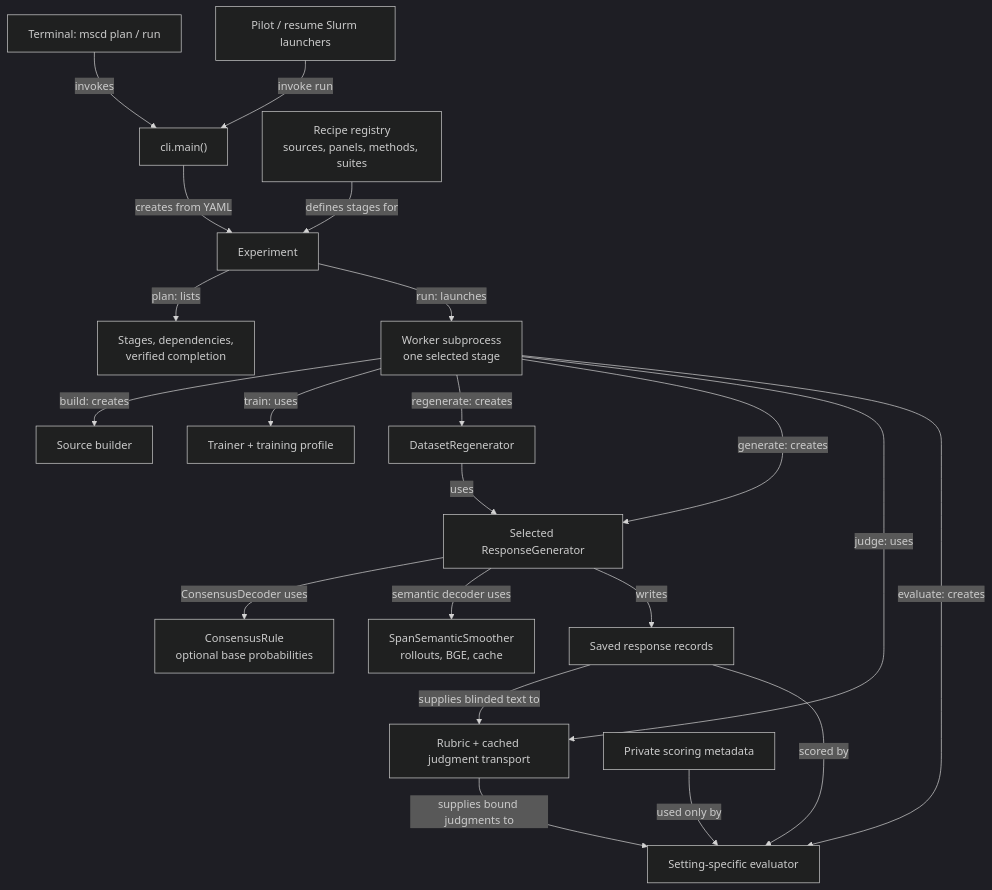
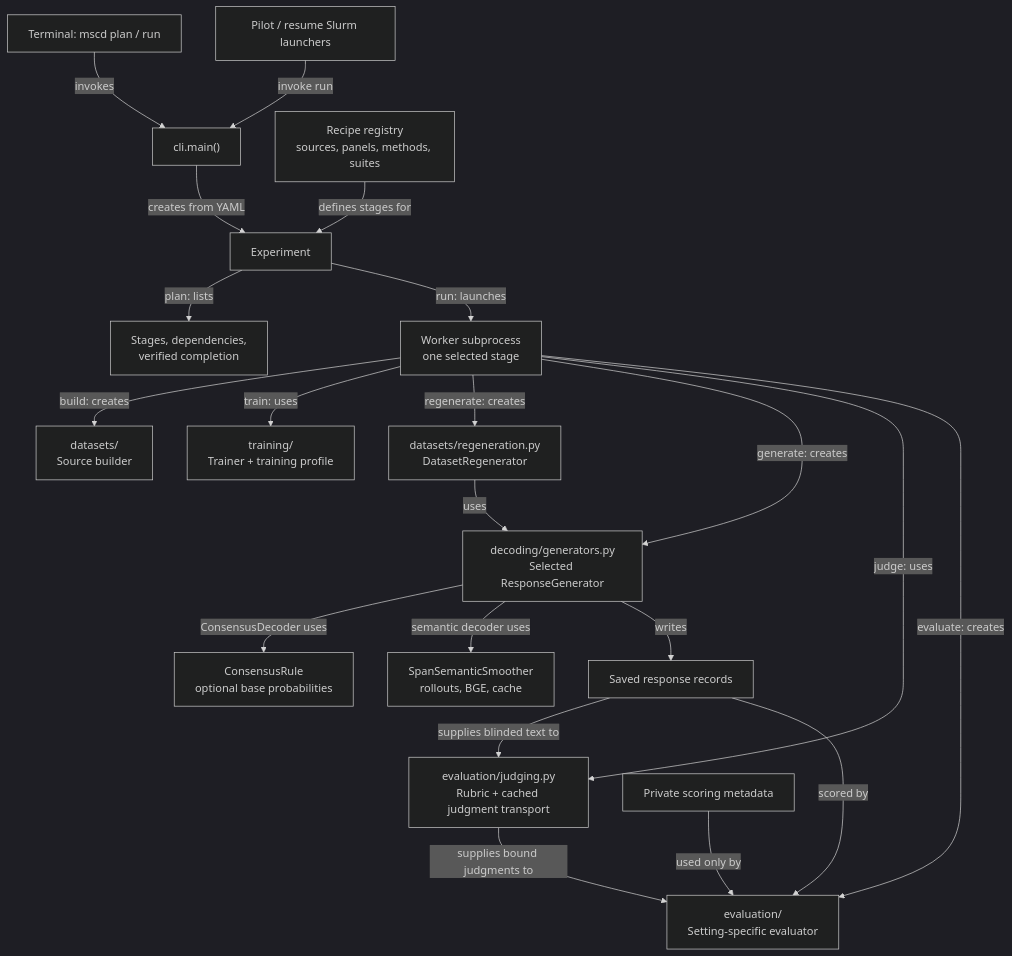
The diagram in README.md (ArtinTD/subliminal-mitigate), drawn with Mermaid (dark theme) before and after one commit. The commit also changed other lines of this file and 120 other files, not shown here.

````diff
--- a/README.md
+++ b/README.md
@@ -41,23 +64,23 @@
 ```mermaid
 flowchart TB
     Terminal["Terminal: mscd plan / run"] -->|invokes| CLI["cli.main()"]
     Slurm["Pilot / resume Slurm launchers"] -->|invoke run| CLI
     CLI -->|creates from YAML| Experiment["Experiment"]
     Recipe["Recipe registry<br/>sources, panels, methods, suites"] -->|defines stages for| Experiment
     Experiment -->|plan: lists| Preview["Stages, dependencies,<br/>verified completion"]
     Experiment -->|run: launches| Worker["Worker subprocess<br/>one selected stage"]
-    Worker -->|build: creates| Builder["Source builder"]
-    Worker -->|train: uses| Trainer["Trainer + training profile"]
-    Worker -->|regenerate: creates| Regen["DatasetRegenerator"]
-    Worker -->|generate: creates| Generator["Selected ResponseGenerator"]
+    Worker -->|build: creates| Builder["datasets/<br/>Source builder"]
+    Worker -->|train: uses| Trainer["training/<br/>Trainer + training profile"]
+    Worker -->|regenerate: creates| Regen["datasets/regeneration.py<br/>DatasetRegenerator"]
+    Worker -->|generate: creates| Generator["decoding/generators.py<br/>Selected ResponseGenerator"]
     Regen -->|uses| Generator
     Generator -->|ConsensusDecoder uses| Rule["ConsensusRule<br/>optional base probabilities"]
     Generator -->|semantic decoder uses| Smoothing["SpanSemanticSmoother<br/>rollouts, BGE, cache"]
     Generator -->|writes| Responses["Saved response records"]
-    Worker -->|judge: uses| Judge["Rubric + cached judgment transport"]
+    Worker -->|judge: uses| Judge["evaluation/judging.py<br/>Rubric + cached judgment transport"]
     Responses -->|supplies blinded text to| Judge
-    Worker -->|evaluate: creates| Evaluator["Setting-specific evaluator"]
+    Worker -->|evaluate: creates| Evaluator["evaluation/<br/>Setting-specific evaluator"]
     Responses -->|scored by| Evaluator
     Judge -->|supplies bound judgments to| Evaluator
     Labels["Private scoring metadata"] -->|used only by| Evaluator
 ```
````
